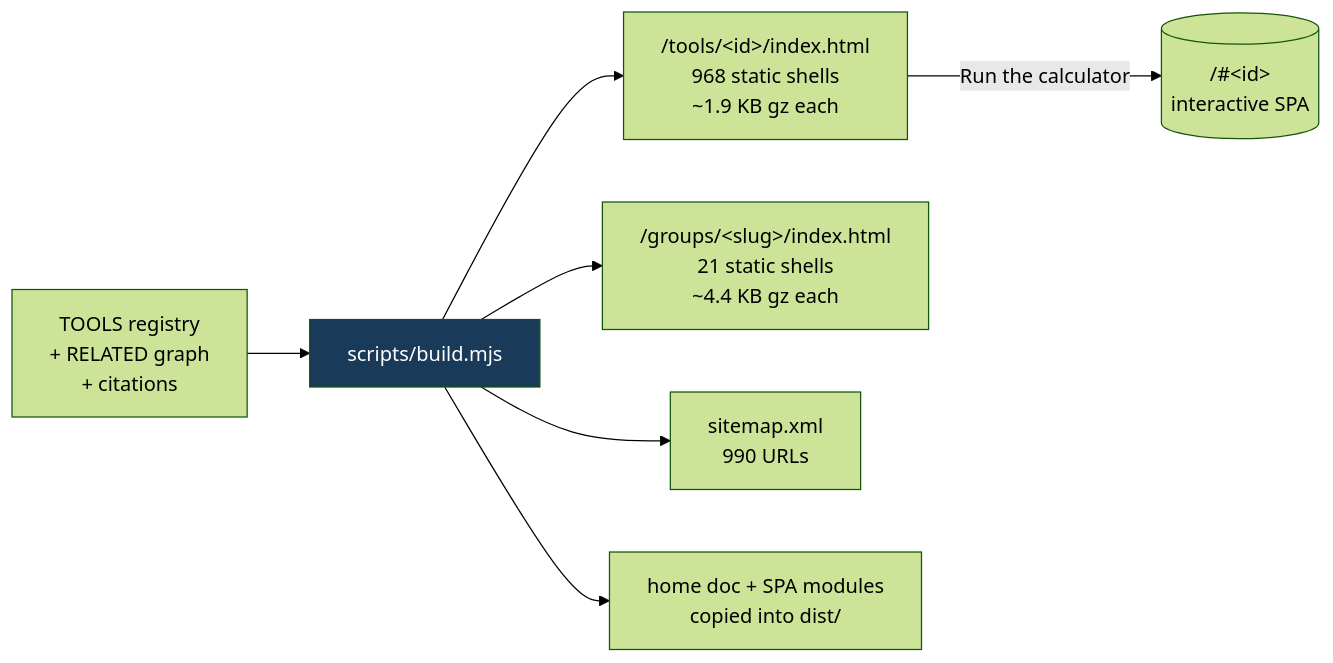
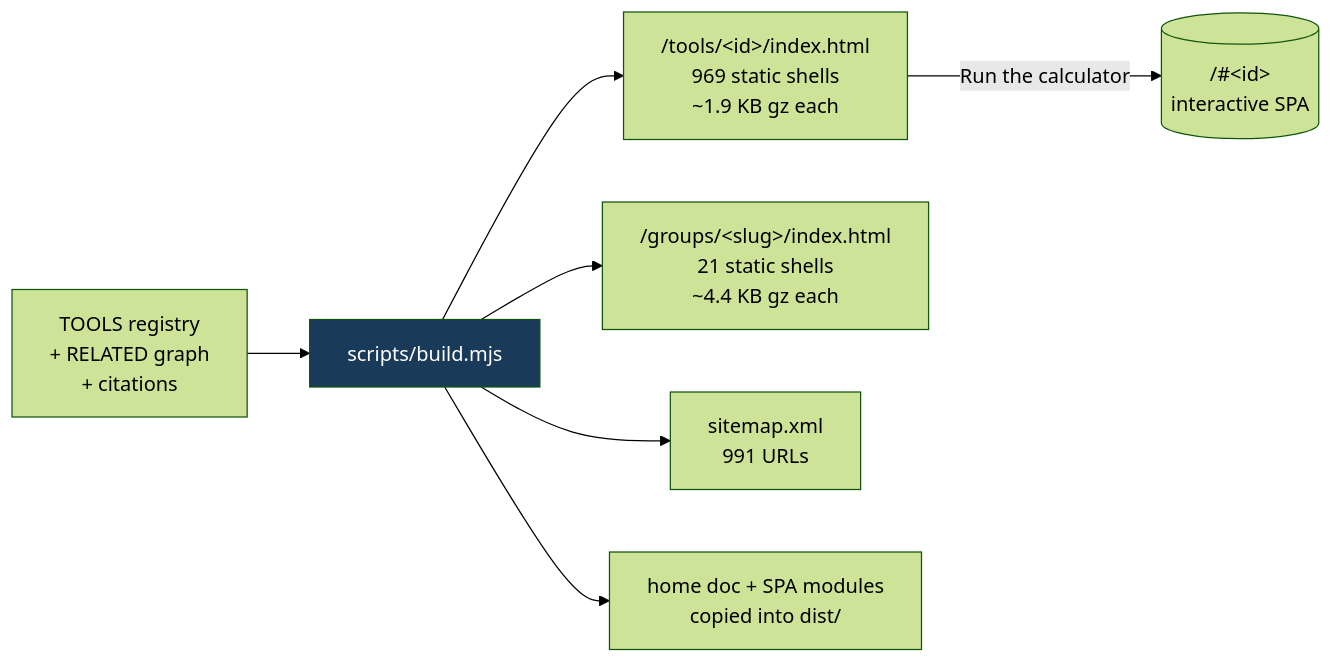
One commit to clay-good/roughlogic.com changed the fifth of 8 diagrams in README.md. Above: the diagram before and after it, drawn with Mermaid (forest theme). The commit also changed other lines of this file and 12 other files, not shown here.

````diff
--- a/README.md
+++ b/README.md
@@ -495,10 +495,10 @@
 ```mermaid
 flowchart LR
     SRC[TOOLS registry\n+ RELATED graph\n+ citations] --> BUILD[scripts/build.mjs]
-    BUILD --> TILE["/tools/&lt;id&gt;/index.html\n968 static shells\n~1.9 KB gz each"]
+    BUILD --> TILE["/tools/&lt;id&gt;/index.html\n969 static shells\n~1.9 KB gz each"]
     BUILD --> GROUP["/groups/&lt;slug&gt;/index.html\n21 static shells\n~4.4 KB gz each"]
-    BUILD --> MAP["sitemap.xml\n990 URLs"]
+    BUILD --> MAP["sitemap.xml\n991 URLs"]
     BUILD --> COPY[home doc + SPA modules\ncopied into dist/]
     TILE -->|Run the calculator| SPA[("/#&lt;id&gt;\ninteractive SPA")]
     style BUILD fill:#1a3a5a,color:#fff
 ```
````
